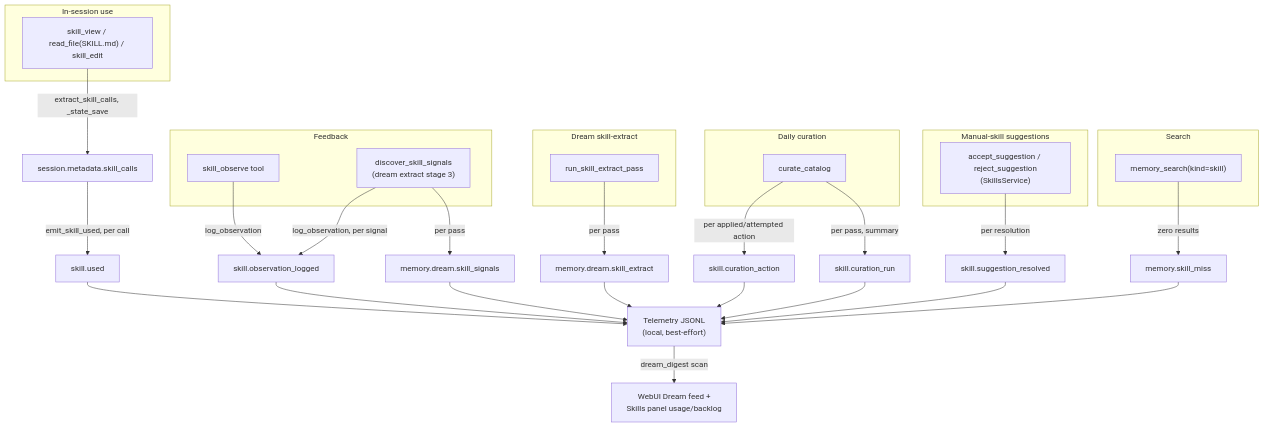
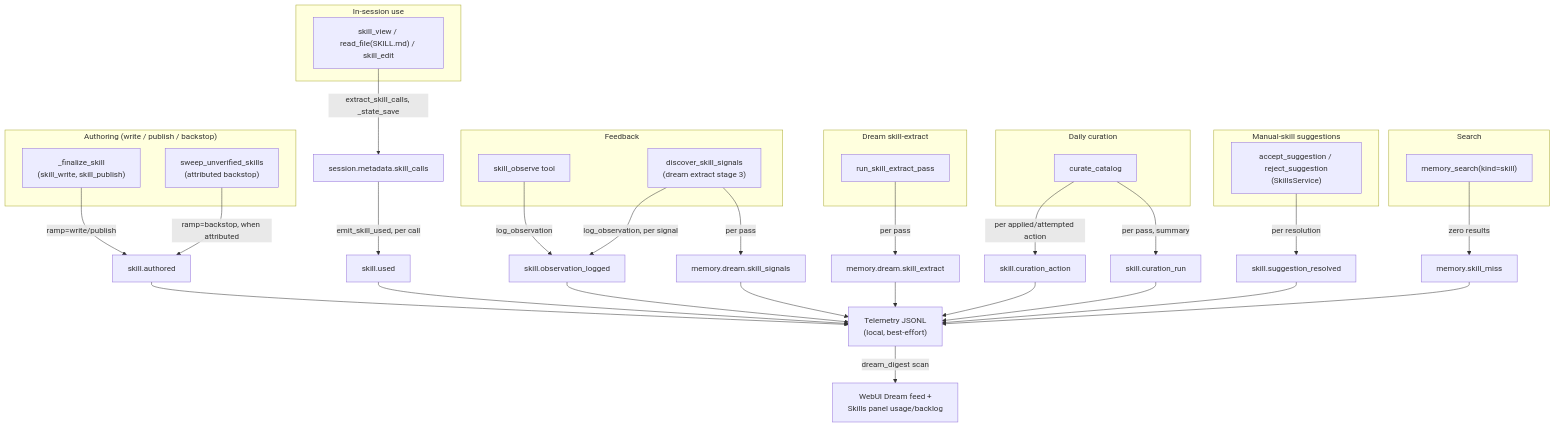
Before and after one commit to mmarmol/durin: the diagram in docs/internals/skills/03_telemetry_and_effectiveness.md, drawn with Mermaid. The commit also changed other lines of this file and 3 other files, not shown here.

Commit message:
docs(skills): document the draft to publish authoring lifecycle

````diff
--- a/docs/internals/skills/03_telemetry_and_effectiveness.md
+++ b/docs/internals/skills/03_telemetry_and_effectiveness.md
@@ -54,48 +62,56 @@
 ```mermaid
 flowchart TD
+    subgraph Authoring["Authoring (write / publish / backstop)"]
+        ACT["_finalize_skill\n(skill_write, skill_publish)"]
+        SWEEP["sweep_unverified_skills\n(attributed backstop)"]
+    end
+    ACT -->|ramp=write/publish| AUTHORED["skill.authored"]
+    SWEEP -->|ramp=backstop, when attributed| AUTHORED
+
     subgraph Use["In-session use"]
         VIEW["skill_view / read_file(SKILL.md) / skill_edit"]
     end
     VIEW -->|extract_skill_calls, _state_save| CALLS["session.metadata.skill_calls"]
     CALLS -->|emit_skill_used, per call| USED["skill.used"]
 
     subgraph Feedback["Feedback"]
         TOOL["skill_observe tool"]
         HINDSIGHT["discover_skill_signals\n(dream extract stage 3)"]
     end
     TOOL -->|log_observation| OBSLOG["skill.observation_logged"]
     HINDSIGHT -->|log_observation, per signal| OBSLOG
     HINDSIGHT -->|per pass| SKILLSIGNALS["memory.dream.skill_signals"]
 
     subgraph Production["Dream skill-extract"]
         EXTRACT["run_skill_extract_pass"]
     end
     EXTRACT -->|per pass| SKILLEXTRACT["memory.dream.skill_extract"]
 
     subgraph Judgment["Daily curation"]
         CURATE["curate_catalog"]
     end
     CURATE -->|per applied/attempted action| CURACTION["skill.curation_action"]
     CURATE -->|per pass, summary| CURRUN["skill.curation_run"]
 
     subgraph Resolution["Manual-skill suggestions"]
         ACCEPT["accept_suggestion / reject_suggestion\n(SkillsService)"]
     end
     ACCEPT -->|per resolution| SUGRES["skill.suggestion_resolved"]
 
     subgraph Retrieval["Search"]
         MSEARCH["memory_search(kind=skill)"]
     end
     MSEARCH -->|zero results| SKILLMISS["memory.skill_miss"]
 
-    USED --> DIGEST["Telemetry JSONL\n(local, best-effort)"]
+    AUTHORED --> DIGEST["Telemetry JSONL\n(local, best-effort)"]
+    USED --> DIGEST
     OBSLOG --> DIGEST
     SKILLSIGNALS --> DIGEST
     SKILLEXTRACT --> DIGEST
     CURACTION --> DIGEST
     CURRUN --> DIGEST
     SUGRES --> DIGEST
     SKILLMISS --> DIGEST
 
     DIGEST -->|dream_digest scan| WEBUI["WebUI Dream feed +\nSkills panel usage/backlog"]
 ```
````
